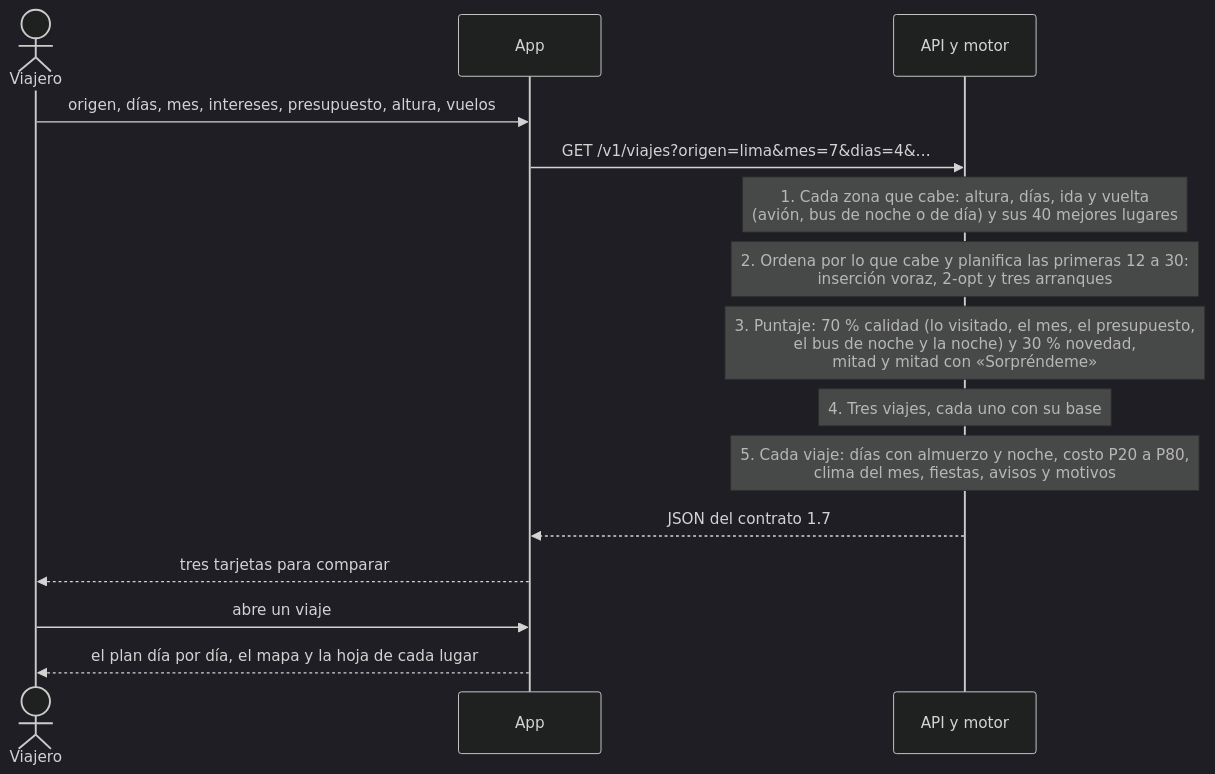
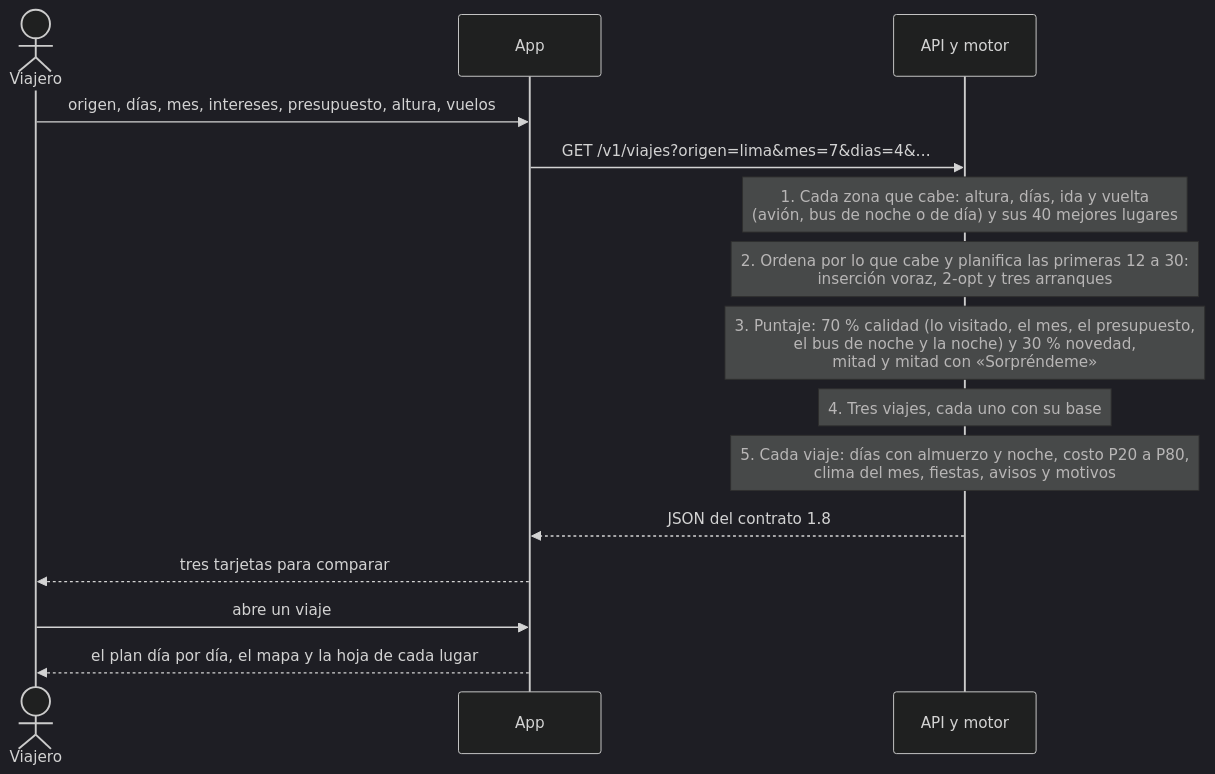
The second of 4 diagrams in docs/ARQUITECTURA.md (oswaldoaqm/Alejandros-Team), drawn with Mermaid (dark theme) before and after one commit. The commit also changed other lines of this file and 14 other files, not shown here.

````diff
--- a/docs/ARQUITECTURA.md
+++ b/docs/ARQUITECTURA.md
@@ -74,17 +74,17 @@
 ```mermaid
 sequenceDiagram
     actor V as Viajero
     participant A as App
     participant M as API y motor
     V->>A: origen, días, mes, intereses, presupuesto, altura, vuelos
     A->>M: GET /v1/viajes?origen=lima&mes=7&dias=4&…
     Note over M: 1. Cada zona que cabe: altura, días, ida y vuelta<br/>(avión, bus de noche o de día) y sus 40 mejores lugares
     Note over M: 2. Ordena por lo que cabe y planifica las primeras 12 a 30:<br/>inserción voraz, 2-opt y tres arranques
     Note over M: 3. Puntaje: 70 % calidad (lo visitado, el mes, el presupuesto,<br/>el bus de noche y la noche) y 30 % novedad,<br/>mitad y mitad con «Sorpréndeme»
     Note over M: 4. Tres viajes, cada uno con su base
     Note over M: 5. Cada viaje: días con almuerzo y noche, costo P20 a P80,<br/>clima del mes, fiestas, avisos y motivos
-    M-->>A: JSON del contrato 1.7
+    M-->>A: JSON del contrato 1.8
     A-->>V: tres tarjetas para comparar
     V->>A: abre un viaje
     A-->>V: el plan día por día, el mapa y la hoja de cada lugar
 ```
````
